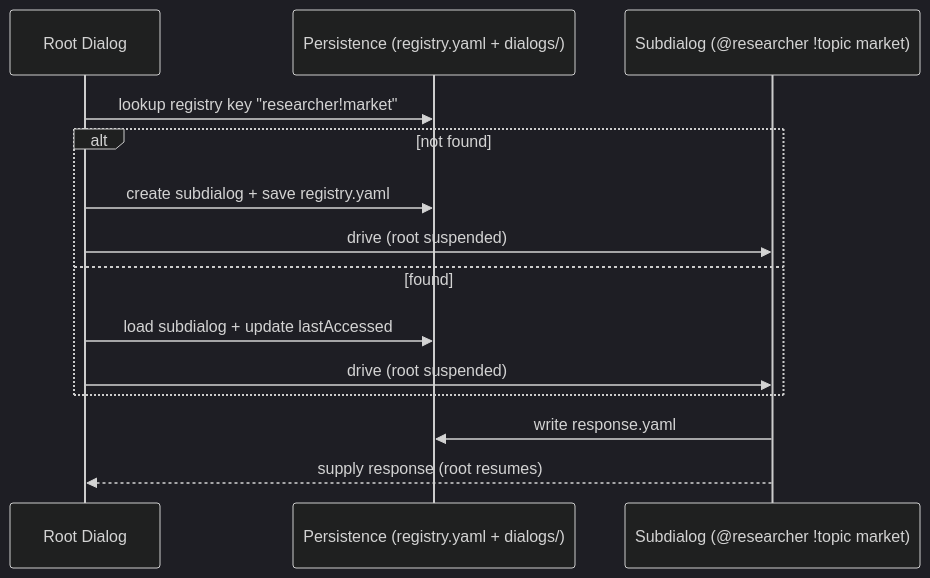
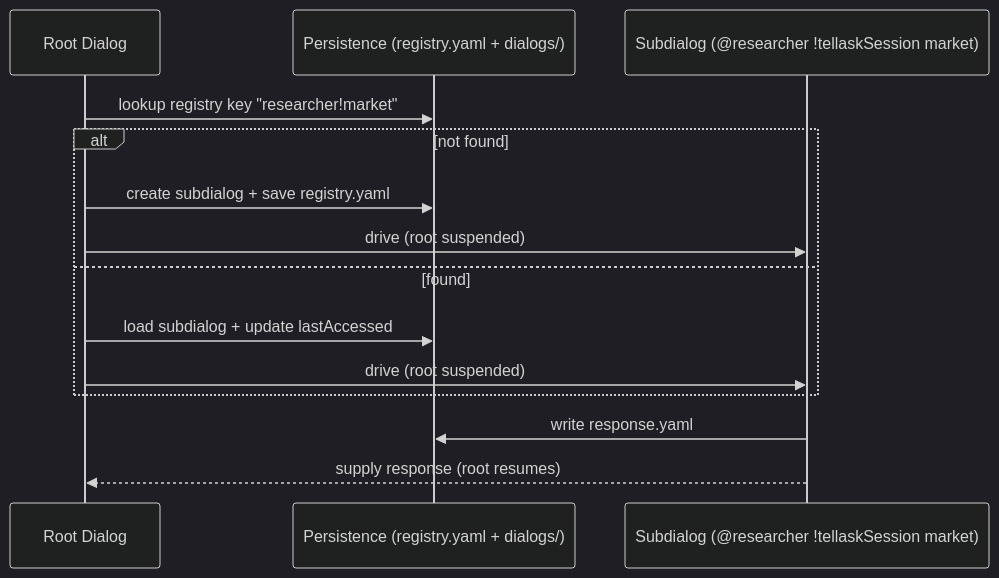
Diagram 18 of 18 in docs/dialog-system.md (longrun-ai/dominds), drawn with Mermaid (dark theme) before and after one commit. The commit also changed other lines of this file and 58 other files, not shown here.

````diff
--- a/docs/dialog-system.md
+++ b/docs/dialog-system.md
@@ -1215,18 +1215,18 @@
 ```mermaid
 sequenceDiagram
   participant Root as Root Dialog
   participant Store as Persistence (registry.yaml + dialogs/)
-  participant Sub as Subdialog (@researcher !topic market)
+  participant Sub as Subdialog (@researcher !tellaskSession market)
 
   Root->>Store: lookup registry key "researcher!market"
   alt not found
     Root->>Store: create subdialog + save registry.yaml
     Root->>Sub: drive (root suspended)
   else found
     Root->>Store: load subdialog + update lastAccessed
     Root->>Sub: drive (root suspended)
   end
 
   Sub->>Store: write response.yaml
   Sub-->>Root: supply response (root resumes)
 ```
````
